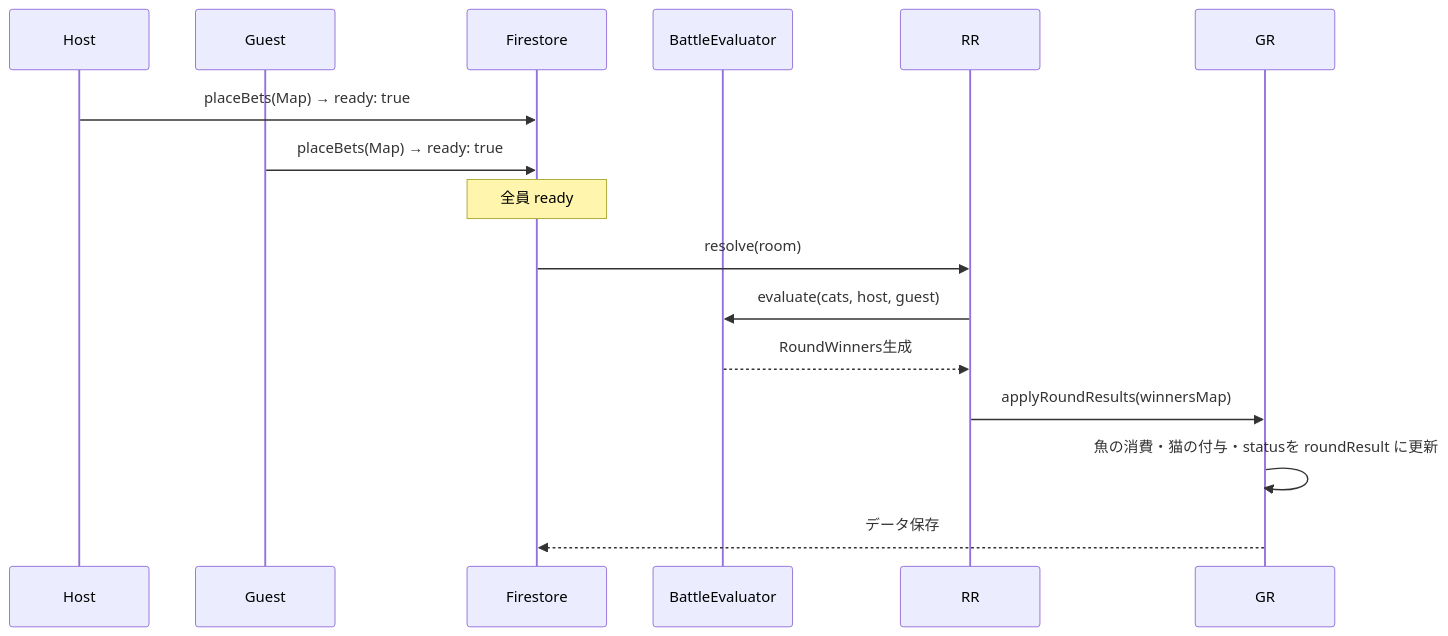
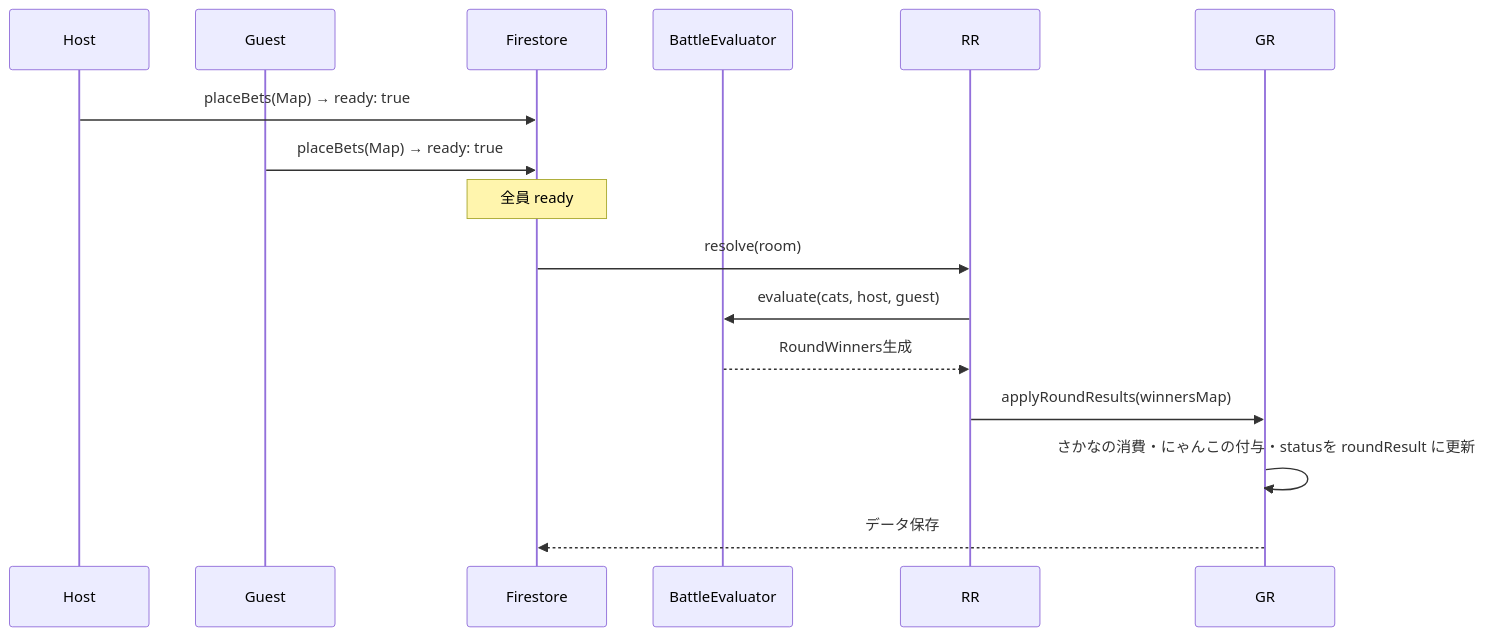
The fifth of 8 diagrams in docs/architecture/05_data_flow.md (YotaMomose/battle_for_the_cats_), drawn with Mermaid before and after one commit. The commit also changed other lines of this file and 42 other files, not shown here.

````diff
--- a/docs/architecture/05_data_flow.md
+++ b/docs/architecture/05_data_flow.md
@@ -101,18 +101,18 @@
 ```mermaid
 sequenceDiagram
     participant H as Host
     participant G as Guest
     participant FS as Firestore
     participant BE as BattleEvaluator
     
     H->>FS: placeBets(Map) → ready: true
     G->>FS: placeBets(Map) → ready: true
     
     Note over FS: 全員 ready
     FS->>RR: resolve(room)
     RR->>BE: evaluate(cats, host, guest)
     BE-->>RR: RoundWinners生成
     RR->>GR: applyRoundResults(winnersMap)
-    GR->>GR: 魚の消費・猫の付与・statusを roundResult に更新
+    GR->>GR: さかなの消費・にゃんこの付与・statusを roundResult に更新
     GR-->>FS: データ保存
 ```
````
